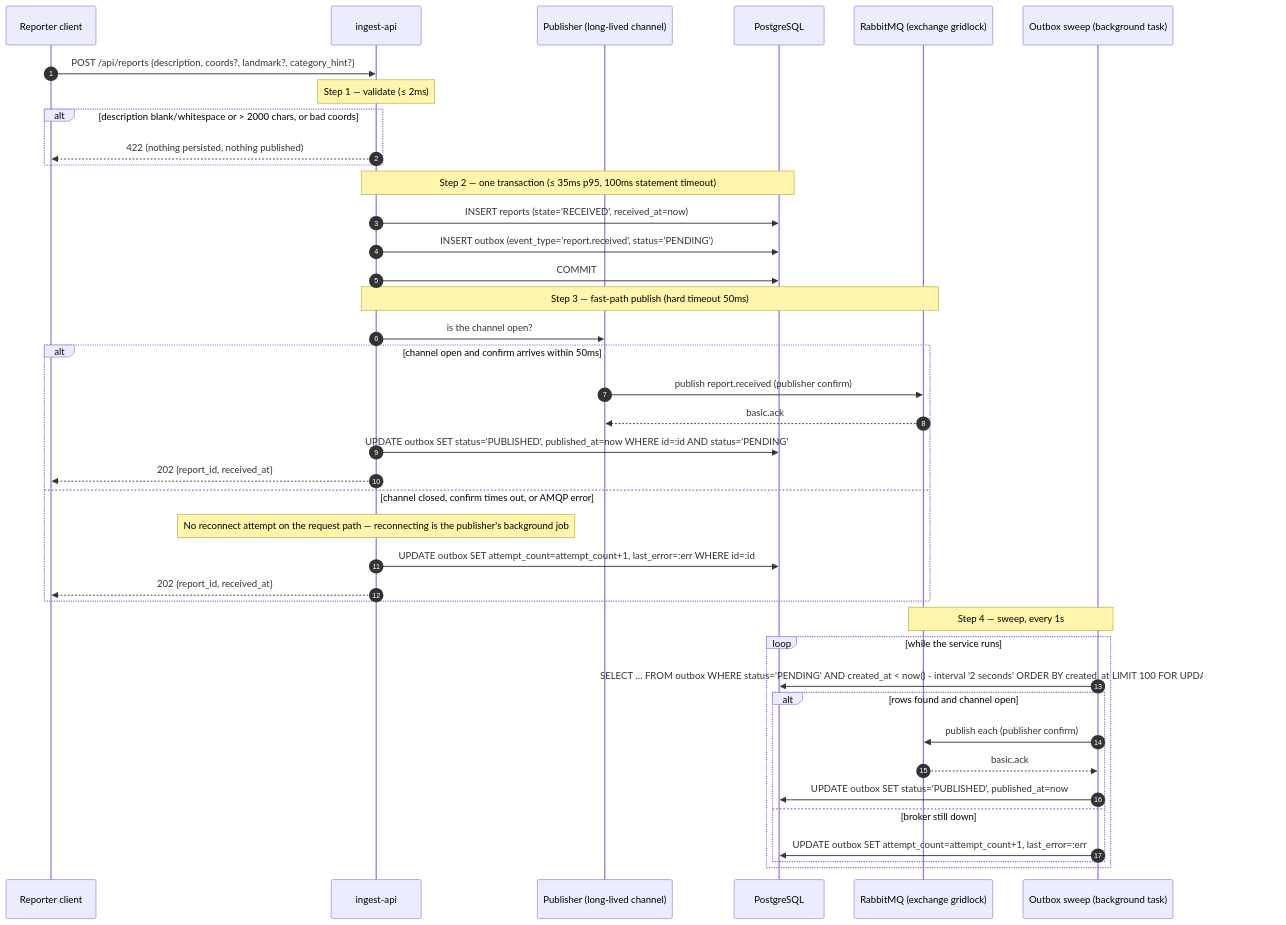
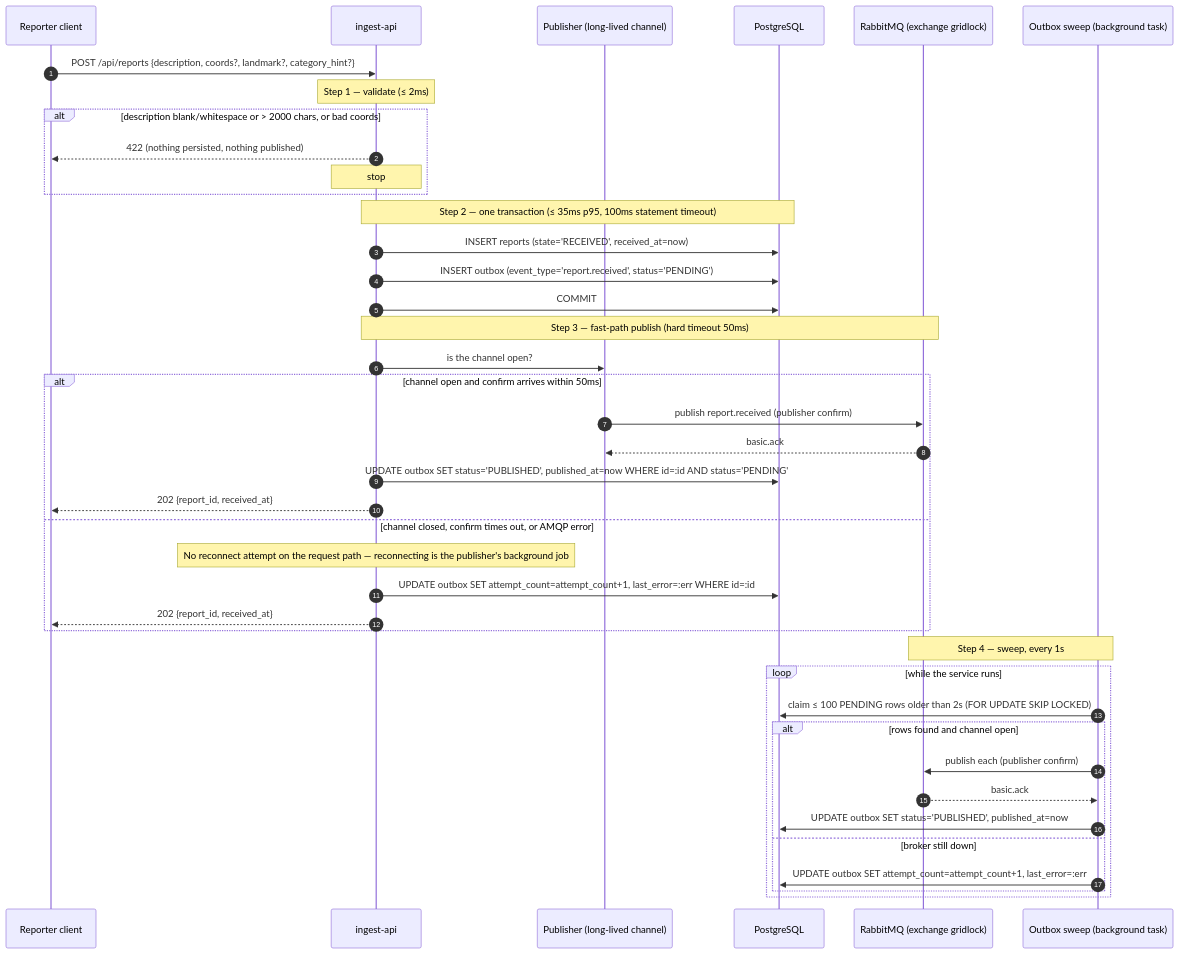
The second of 4 diagrams in docs/design/ingest.md (Katlego-tech/Grid-Lock), drawn with Mermaid before and after one commit. The commit also changed 2 other files, not shown here.

Commit message:
docs(design): T002-T004 make every sequence diagram render and read correctly
Semicolons inside two sequence messages broke Mermaid parsing. Early-exit
branches now say they stop, ack/nack is one alt instead of ack-then-nack,
and overlong SQL labels move out of the diagrams into the text.

````diff
--- a/docs/design/ingest.md
+++ b/docs/design/ingest.md
@@ -106,46 +106,47 @@
 ```mermaid
 sequenceDiagram
     autonumber
     participant C as Reporter client
     participant API as ingest-api
     participant P as Publisher (long-lived channel)
     participant DB as PostgreSQL
     participant MQ as RabbitMQ (exchange gridlock)
     participant SW as Outbox sweep (background task)
 
     C->>API: POST /api/reports {description, coords?, landmark?, category_hint?}
     Note over API: Step 1 — validate (≤ 2ms)
     alt description blank/whitespace or > 2000 chars, or bad coords
         API-->>C: 422 (nothing persisted, nothing published)
+        Note over API: stop
     end
 
     Note over API,DB: Step 2 — one transaction (≤ 35ms p95, 100ms statement timeout)
     API->>DB: INSERT reports (state='RECEIVED', received_at=now)
     API->>DB: INSERT outbox (event_type='report.received', status='PENDING')
     API->>DB: COMMIT
 
     Note over API,MQ: Step 3 — fast-path publish (hard timeout 50ms)
     API->>P: is the channel open?
     alt channel open and confirm arrives within 50ms
         P->>MQ: publish report.received (publisher confirm)
         MQ-->>P: basic.ack
         API->>DB: UPDATE outbox SET status='PUBLISHED', published_at=now WHERE id=:id AND status='PENDING'
         API-->>C: 202 {report_id, received_at}
     else channel closed, confirm times out, or AMQP error
         Note over API: No reconnect attempt on the request path — reconnecting is the publisher's background job
         API->>DB: UPDATE outbox SET attempt_count=attempt_count+1, last_error=:err WHERE id=:id
         API-->>C: 202 {report_id, received_at}
     end
 
     Note over SW,MQ: Step 4 — sweep, every 1s
     loop while the service runs
-        SW->>DB: SELECT … FROM outbox WHERE status='PENDING' AND created_at < now() - interval '2 seconds' ORDER BY created_at LIMIT 100 FOR UPDATE SKIP LOCKED
+        SW->>DB: claim ≤ 100 PENDING rows older than 2s (FOR UPDATE SKIP LOCKED)
         alt rows found and channel open
             SW->>MQ: publish each (publisher confirm)
             MQ-->>SW: basic.ack
             SW->>DB: UPDATE outbox SET status='PUBLISHED', published_at=now
         else broker still down
             SW->>DB: UPDATE outbox SET attempt_count=attempt_count+1, last_error=:err
         end
     end
 ```
````
